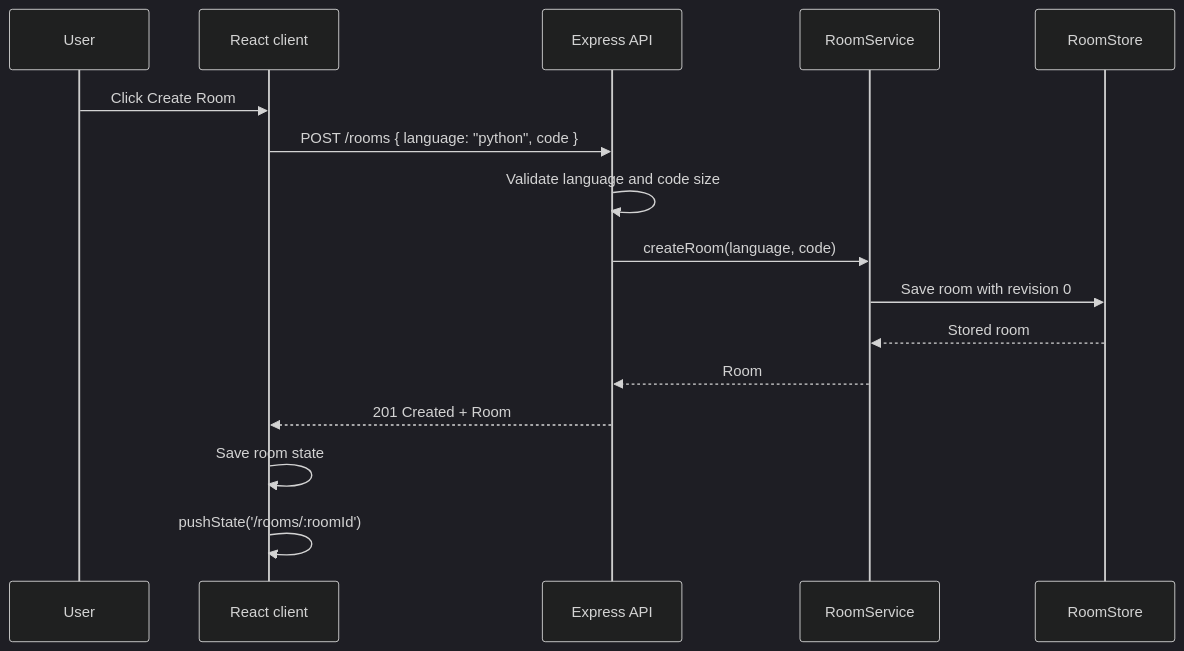
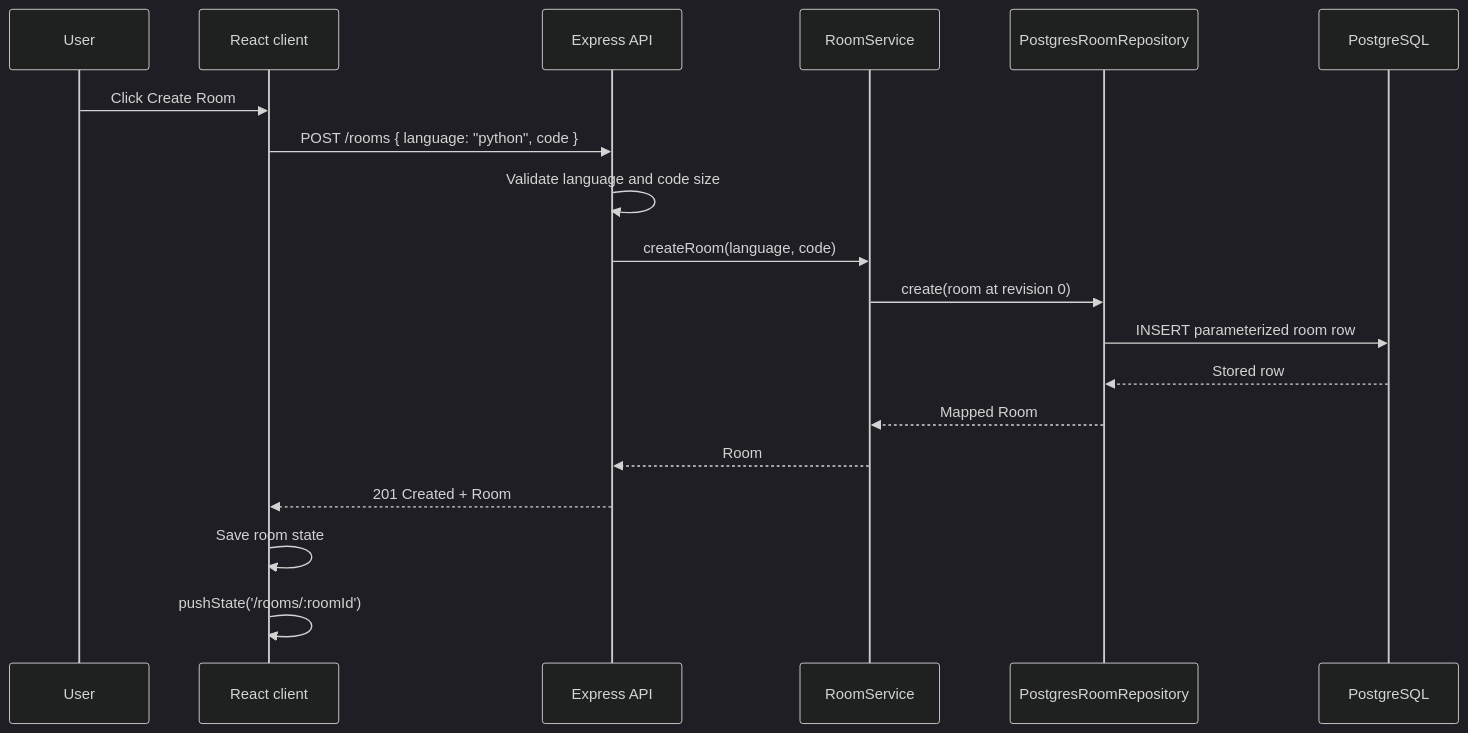
One commit to Amit-Mahato54322/code-together changed the second of 5 diagrams in README.md. Above: the diagram before and after it, drawn with Mermaid (dark theme). The commit also changed other lines of this file and 18 other files, not shown here.

Commit message:
feat: persist collaborative rooms in PostgreSQL

````diff
--- a/README.md
+++ b/README.md
@@ -177,19 +210,22 @@
 ```mermaid
 sequenceDiagram
     participant U as User
     participant C as React client
     participant H as Express API
     participant S as RoomService
-    participant R as RoomStore
+    participant R as PostgresRoomRepository
+    participant DB as PostgreSQL
 
     U->>C: Click Create Room
     C->>H: POST /rooms { language: "python", code }
     H->>H: Validate language and code size
     H->>S: createRoom(language, code)
-    S->>R: Save room with revision 0
-    R-->>S: Stored room
+    S->>R: create(room at revision 0)
+    R->>DB: INSERT parameterized room row
+    DB-->>R: Stored row
+    R-->>S: Mapped Room
     S-->>H: Room
     H-->>C: 201 Created + Room
     C->>C: Save room state
     C->>C: pushState('/rooms/:roomId')
 ```
````
